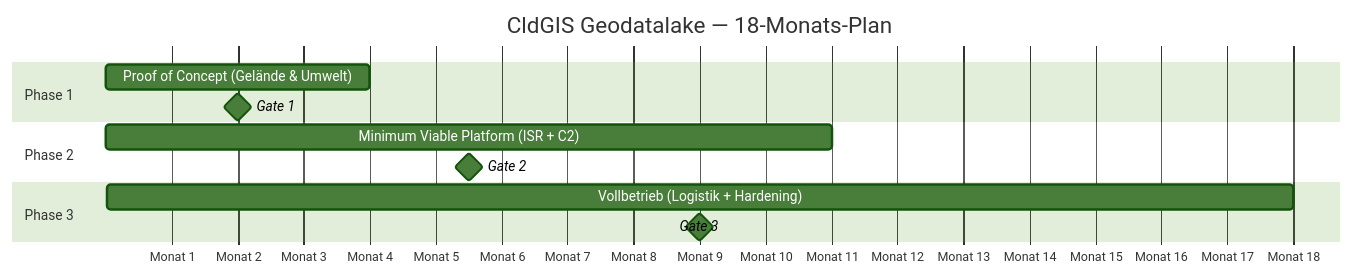
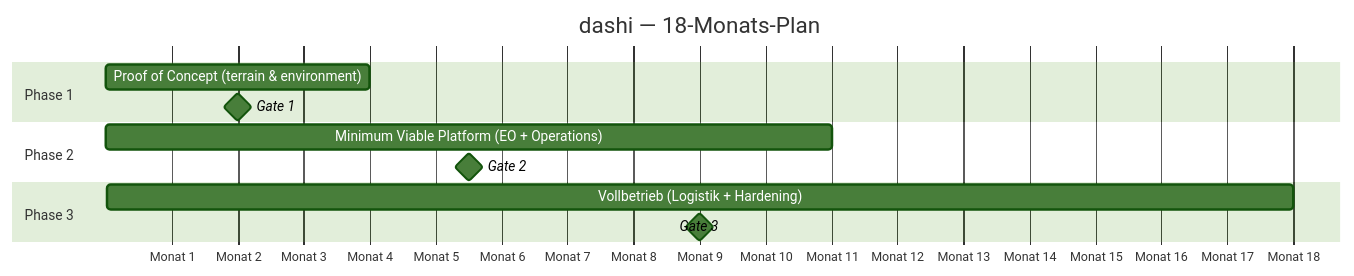
The diagram in docs/09-phases.md (marcosci/dashi), drawn with Mermaid (forest theme) before and after one commit. The commit also changed other lines of this file and 36 other files, not shown here.

````diff
--- a/docs/09-phases.md
+++ b/docs/09-phases.md
@@ -11,15 +11,15 @@
 ```mermaid
 gantt
-    title CldGIS Geodatalake — 18-Monats-Plan
+    title dashi — 18-Monats-Plan
     dateFormat X
     axisFormat Monat %s
     section Phase 1
-    Proof of Concept (Gelände & Umwelt) :p1, 1, 4
+    Proof of Concept (terrain & environment) :p1, 1, 4
     Gate 1                              :milestone, after p1, 0
     section Phase 2
-    Minimum Viable Platform (ISR + C2)  :p2, 5, 11
+    Minimum Viable Platform (EO + Operations)  :p2, 5, 11
     Gate 2                              :milestone, after p2, 0
     section Phase 3
     Vollbetrieb (Logistik + Hardening)  :p3, 12, 18
     Gate 3                              :milestone, after p3, 0
 ```
````
